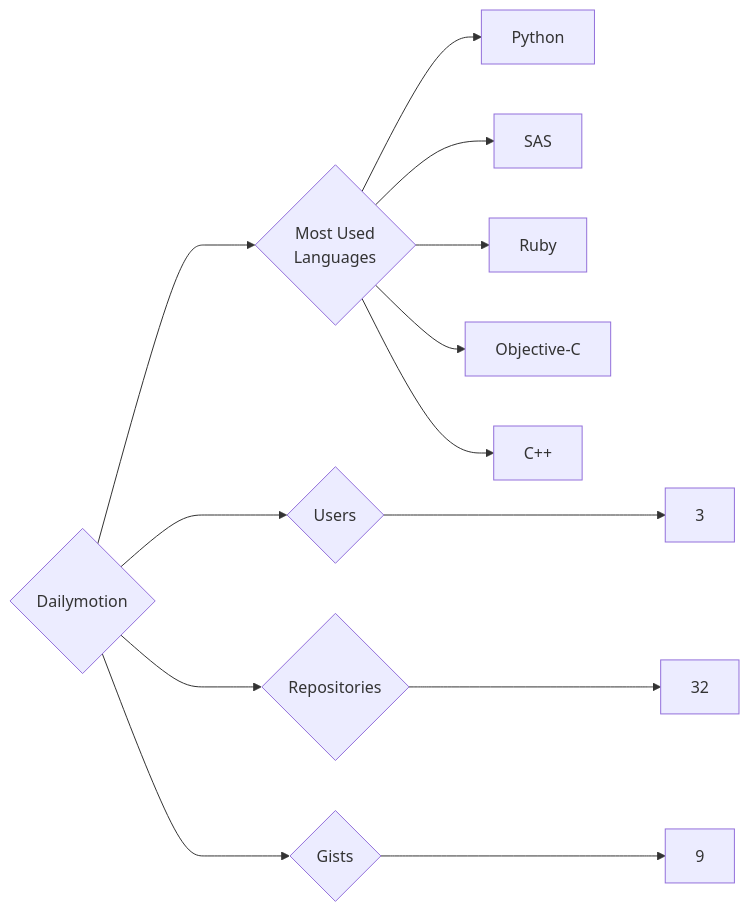
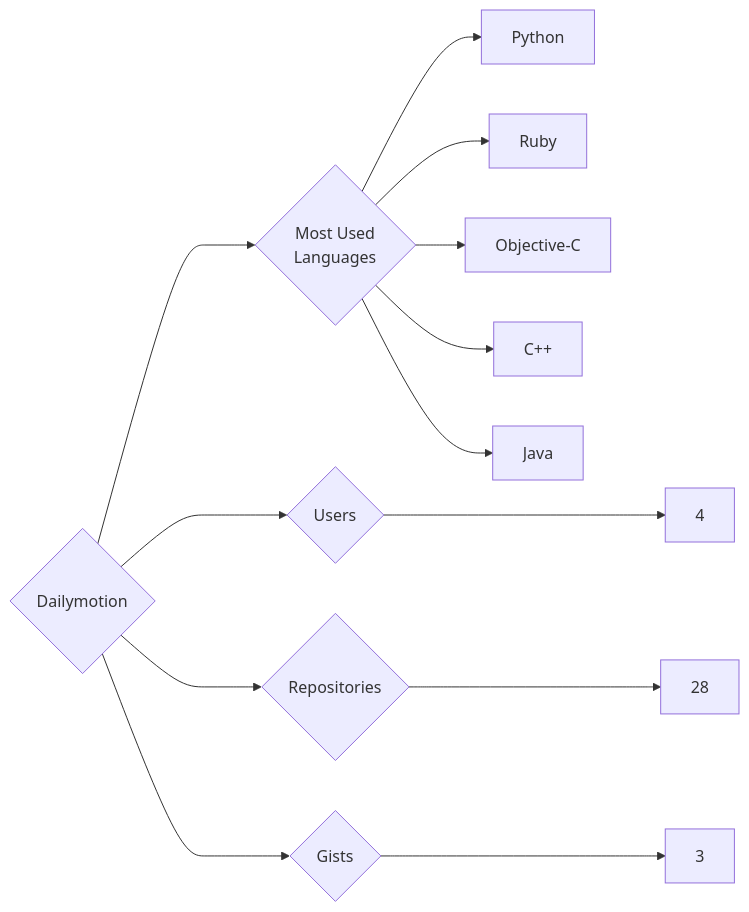
One commit to trickest/insiders changed the diagram in targets/Dailymotion/README.md. Above: the diagram before and after it, drawn with Mermaid. The commit also changed 997 other files, not shown here.

````diff
--- a/targets/Dailymotion/README.md
+++ b/targets/Dailymotion/README.md
@@ -3,13 +3,13 @@
 ```mermaid
 graph LR
 COMPANY_NAME{Dailymotion}
-COMPANY_NAME ---> U{Users} ---> UN[3]
-COMPANY_NAME ---> R{Repositories} ---> RN[32]
-COMPANY_NAME ---> G{Gists} ---> GN[9]
+COMPANY_NAME ---> U{Users} ---> UN[4]
+COMPANY_NAME ---> R{Repositories} ---> RN[28]
+COMPANY_NAME ---> G{Gists} ---> GN[3]
 COMPANY_NAME ---> ML{Most Used<br>Languages}
 ML --> Python[Python]
-ML --> SAS[SAS]
 ML --> Ruby[Ruby]
 ML --> Objective-C[Objective-C]
 ML --> C++[C++]
+ML --> Java[Java]
 ```
````
